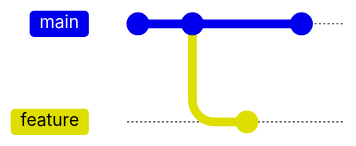
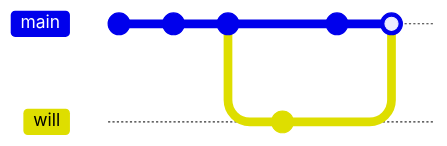
The second of 2 diagrams in 2025-CPEG-workshop/02_workflow/rproj_github.qmd (palaeoverse/workshop), drawn with Mermaid before and after one commit. The commit also changed other lines of this file and 4 other files, not shown here. Commit ids are hidden.

````diff
--- a/2025-CPEG-workshop/02_workflow/rproj_github.qmd
+++ b/2025-CPEG-workshop/02_workflow/rproj_github.qmd
@@ -79,11 +83,13 @@
 ```{mermaid}
 %%| echo: false
-
 gitGraph
-    commit
-    commit id: "Fixed Issue #42"
-    branch feature
-    commit id: "Dark Theme"
+    commit id: "Initial commit"
+    commit id: "Add data"
+    commit id: "Add analysis script"
+    branch will
+    commit id: "Add viz script"
     checkout main
-    commit
+    commit id: "Update analysis script"
+    merge will
+    
 ```
````
